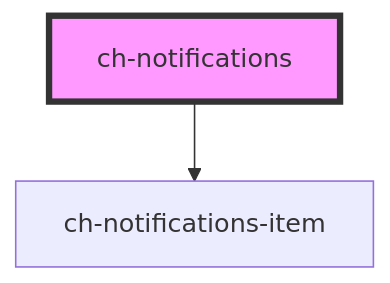
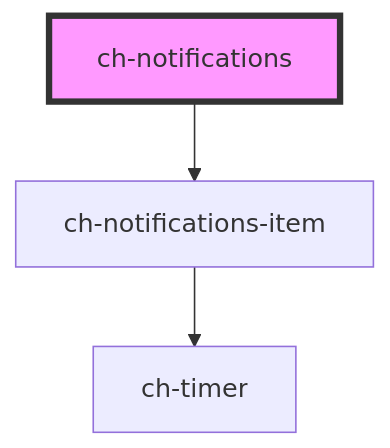
Before and after one commit to genexuslabs/chameleon-controls-library: the diagram in src/components/notifications/readme.md, drawn with Mermaid. The commit also changed other lines of this file and 12 other files, not shown here.

````diff
--- a/src/components/notifications/readme.md
+++ b/src/components/notifications/readme.md
@@ -26,5 +26,6 @@
 ```mermaid
 graph TD;
   ch-notifications --> ch-notifications-item
+  ch-notifications-item --> ch-timer
   style ch-notifications fill:#f9f,stroke:#333,stroke-width:4px
 ```
````
